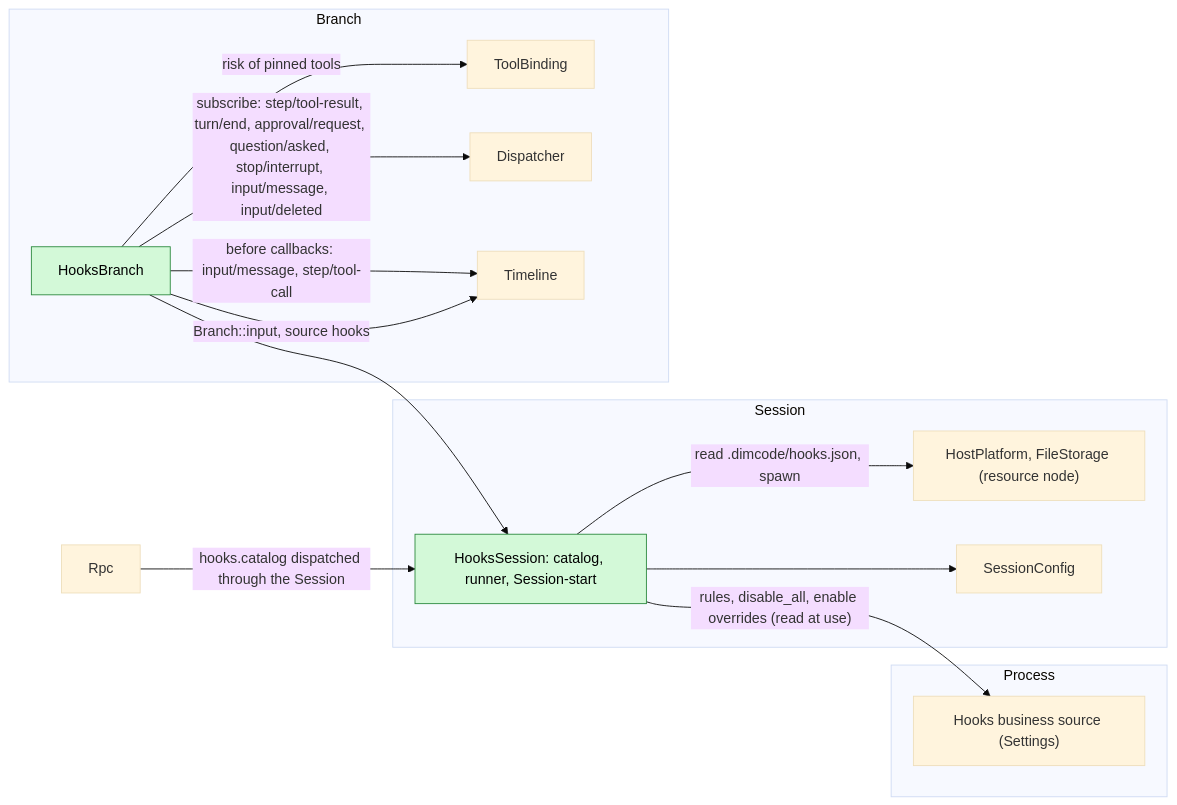
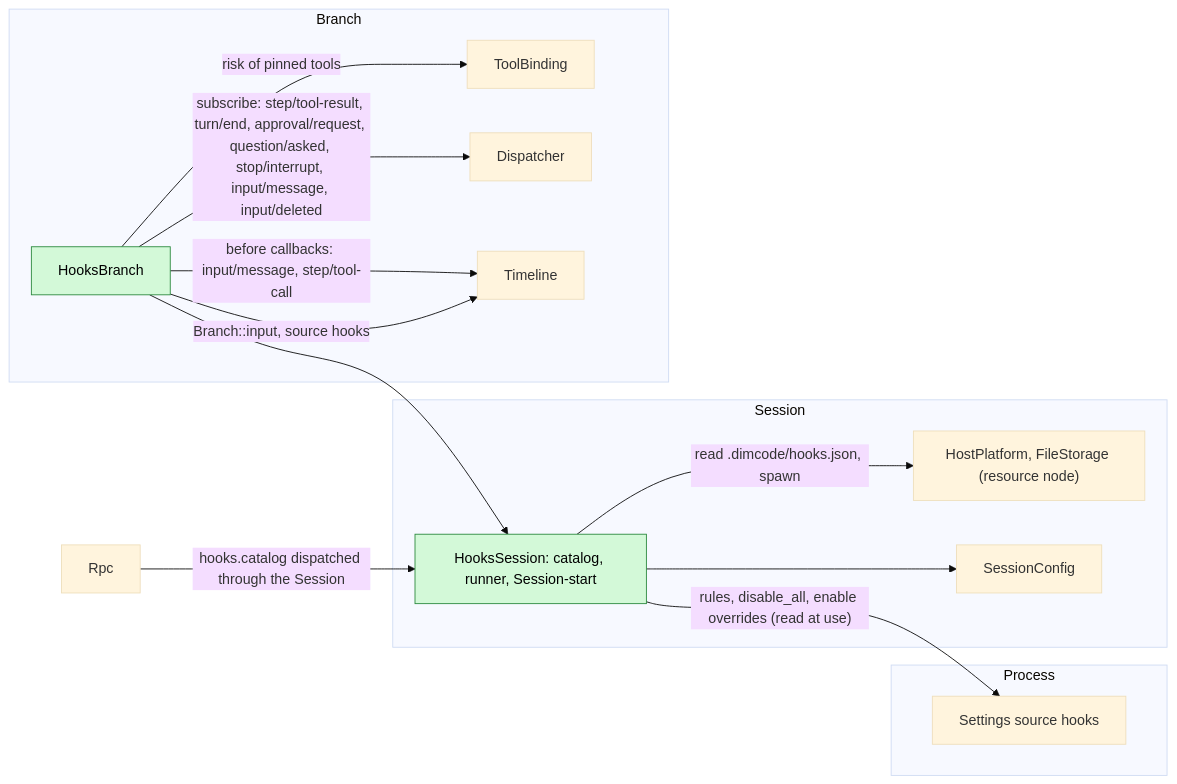
Before and after one commit to CoutinhoTTS/dim-agent: the first of 7 diagrams in docs/design/plugins/Hooks.md, drawn with Mermaid (base theme). The commit also changed other lines of this file and 27 other files, not shown here.

````diff
--- a/docs/design/plugins/Hooks.md
+++ b/docs/design/plugins/Hooks.md
@@ -11,28 +11,28 @@
 ```mermaid
 flowchart LR
   subgraph PROC["Process"]
-    Settings["Hooks business source (Settings)"]
+    Settings["Settings source hooks"]
   end
   subgraph SESS["Session"]
     HS["HooksSession: catalog, runner, Session-start"]:::new
     HP["HostPlatform, FileStorage (resource node)"]
     CFG["SessionConfig"]
   end
   subgraph BR["Branch"]
     HB["HooksBranch"]:::new
     TB["ToolBinding"]
     DP["Dispatcher"]
     TL["Timeline"]
   end
   Rpc["Rpc"]
   HS -->|"rules, disable_all, enable overrides (read at use)"| Settings
   HS -->|"read .dimcode/hooks.json, spawn"| HP
   HS --> CFG
   HB --> HS
   HB -->|"before callbacks: input/message, step/tool-call"| TL
   HB -->|"risk of pinned tools"| TB
   HB -->|"subscribe: step/tool-result, turn/end, approval/request, question/asked, stop/interrupt, input/message, input/deleted"| DP
   HB -->|"Branch::input, source hooks"| TL
   Rpc -->|"hooks.catalog dispatched through the Session"| HS
   classDef new fill:#d3f9d8,stroke:#2b8a3e,color:#000
 ```
````
